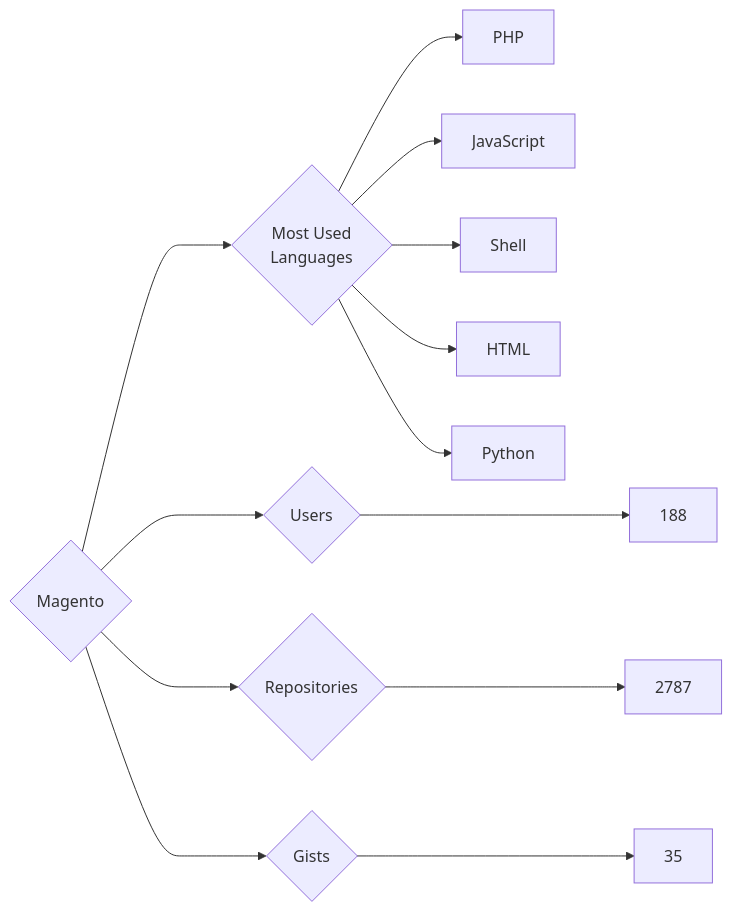
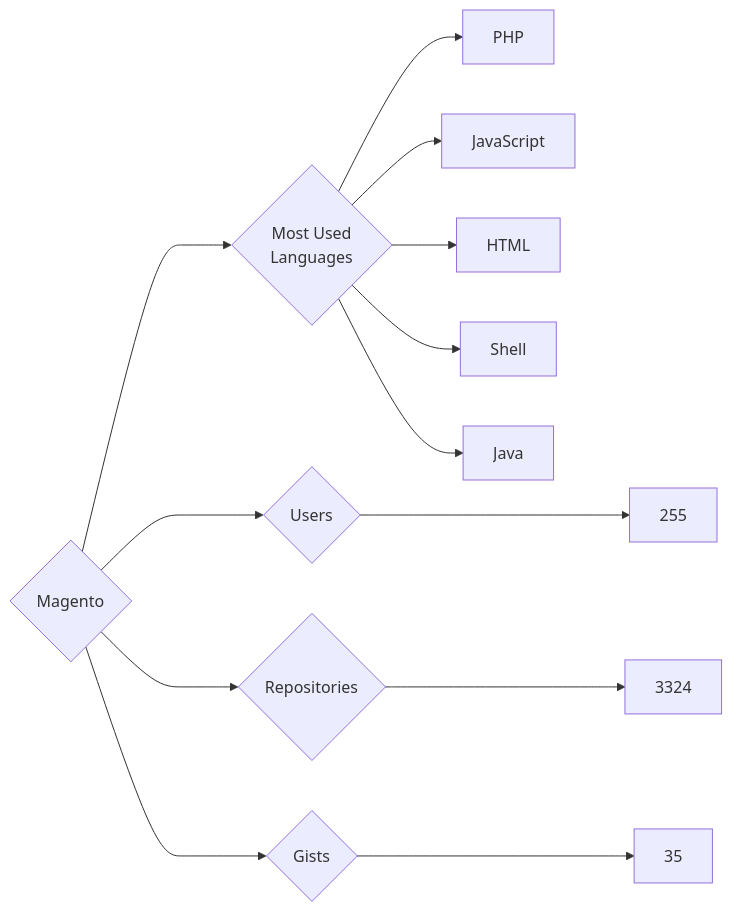
The diagram in targets/Magento/README.md (trickest/insiders), drawn with Mermaid before and after one commit. The commit also changed 953 other files, not shown here.

````diff
--- a/targets/Magento/README.md
+++ b/targets/Magento/README.md
@@ -3,13 +3,13 @@
 ```mermaid
 graph LR
 COMPANY_NAME{Magento}
-COMPANY_NAME ---> U{Users} ---> UN[188]
-COMPANY_NAME ---> R{Repositories} ---> RN[2787]
+COMPANY_NAME ---> U{Users} ---> UN[255]
+COMPANY_NAME ---> R{Repositories} ---> RN[3324]
 COMPANY_NAME ---> G{Gists} ---> GN[35]
 COMPANY_NAME ---> ML{Most Used<br>Languages}
 ML --> PHP[PHP]
 ML --> JavaScript[JavaScript]
+ML --> HTML[HTML]
 ML --> Shell[Shell]
-ML --> HTML[HTML]
-ML --> Python[Python]
+ML --> Java[Java]
 ```
````
